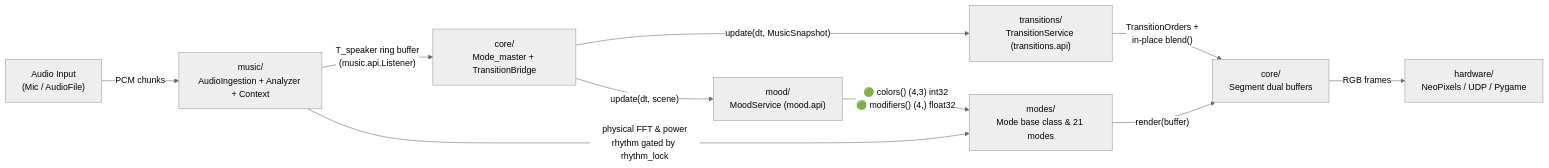
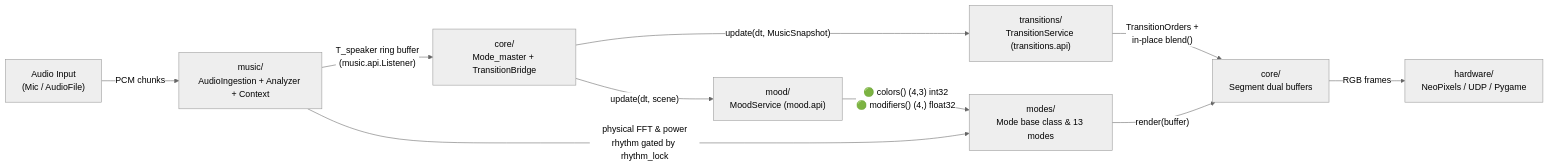
The diagram in docs/contracts/README.md (LucRobey/vialactee), drawn with Mermaid (neutral theme) before and after one commit. The commit also changed 29 other files, not shown here.

````diff
--- a/docs/contracts/README.md
+++ b/docs/contracts/README.md
@@ -23,12 +23,12 @@
 ```mermaid
 flowchart LR
     MIC["Audio Input\n(Mic / AudioFile)"] -->|"PCM chunks"| ING["music/\nAudioIngestion + Analyzer + Context"]
     ING -->|"T_speaker ring buffer\n(music.api.Listener)"| MM["core/\nMode_master + TransitionBridge"]
     MM -->|"update(dt, scene)"| MOOD["mood/\nMoodService (mood.api)"]
-    MOOD -->|"🟢 colors() (4,3) int32\n🟢 modifiers() (4,) float32"| MODE["modes/\nMode base class & 21 modes"]
+    MOOD -->|"🟢 colors() (4,3) int32\n🟢 modifiers() (4,) float32"| MODE["modes/\nMode base class & 13 modes"]
     ING -->|"physical FFT & power\nrhythm gated by rhythm_lock"| MODE
     MM -->|"update(dt, MusicSnapshot)"| TRANS["transitions/\nTransitionService (transitions.api)"]
     TRANS -->|"TransitionOrders +\nin-place blend()"| SEG["core/\nSegment dual buffers"]
     MODE -->|"render(buffer)"| SEG
     SEG -->|"RGB frames"| HW["hardware/\nNeoPixels / UDP / Pygame"]
 ```
````
